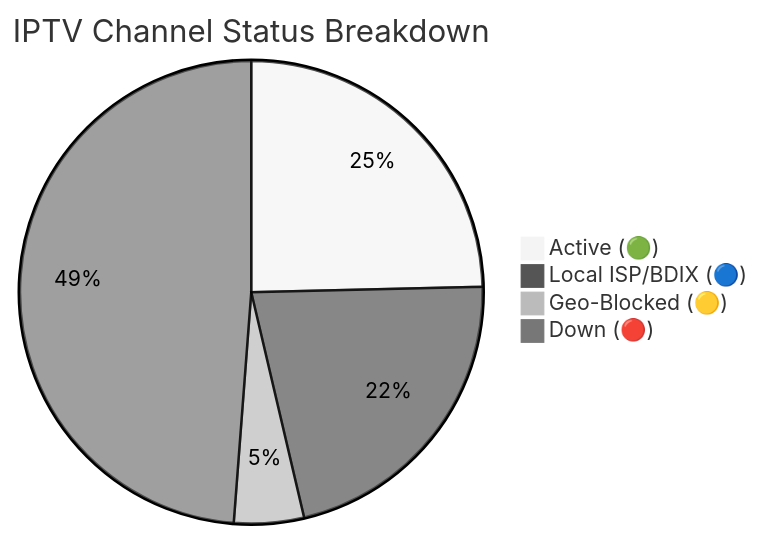
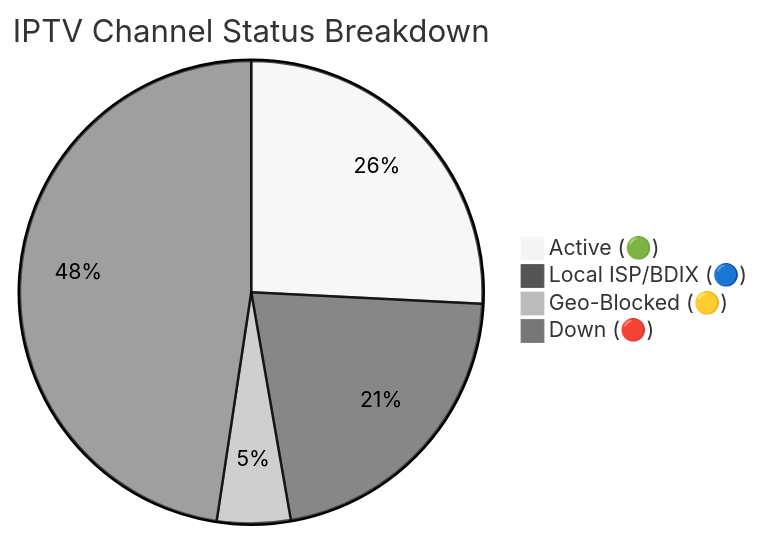
One commit to Zaman-Topu/Ip-tv-Collection changed the diagram in README.md. Above: the diagram before and after it, drawn with Mermaid (neutral theme). The commit also changed other lines of this file and 6 other files, not shown here.

````diff
--- a/README.md
+++ b/README.md
@@ -118,7 +118,7 @@
 ```mermaid
 pie title IPTV Channel Status Breakdown
-    "Active (🟢)" : 10159
-    "Local ISP/BDIX (🔵)" : 8961
-    "Geo-Blocked (🟡)" : 2013
-    "Down (🔴)" : 20136
+    "Active (🟢)" : 10778
+    "Local ISP/BDIX (🔵)" : 8965
+    "Geo-Blocked (🟡)" : 2144
+    "Down (🔴)" : 19890
 ```
````
